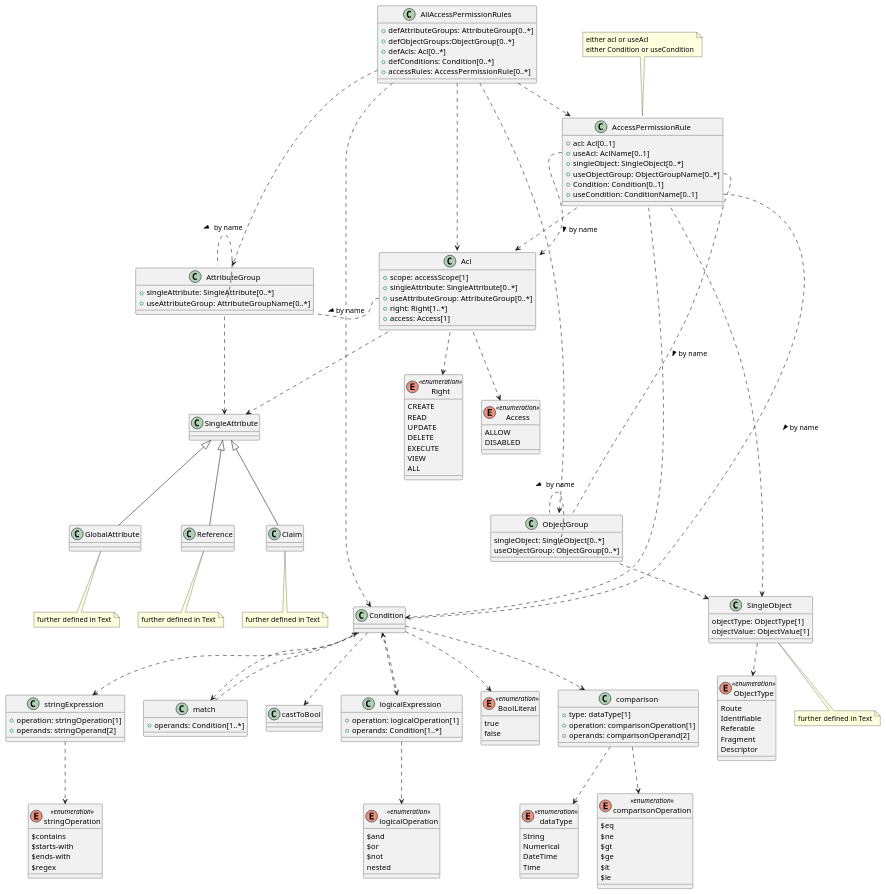
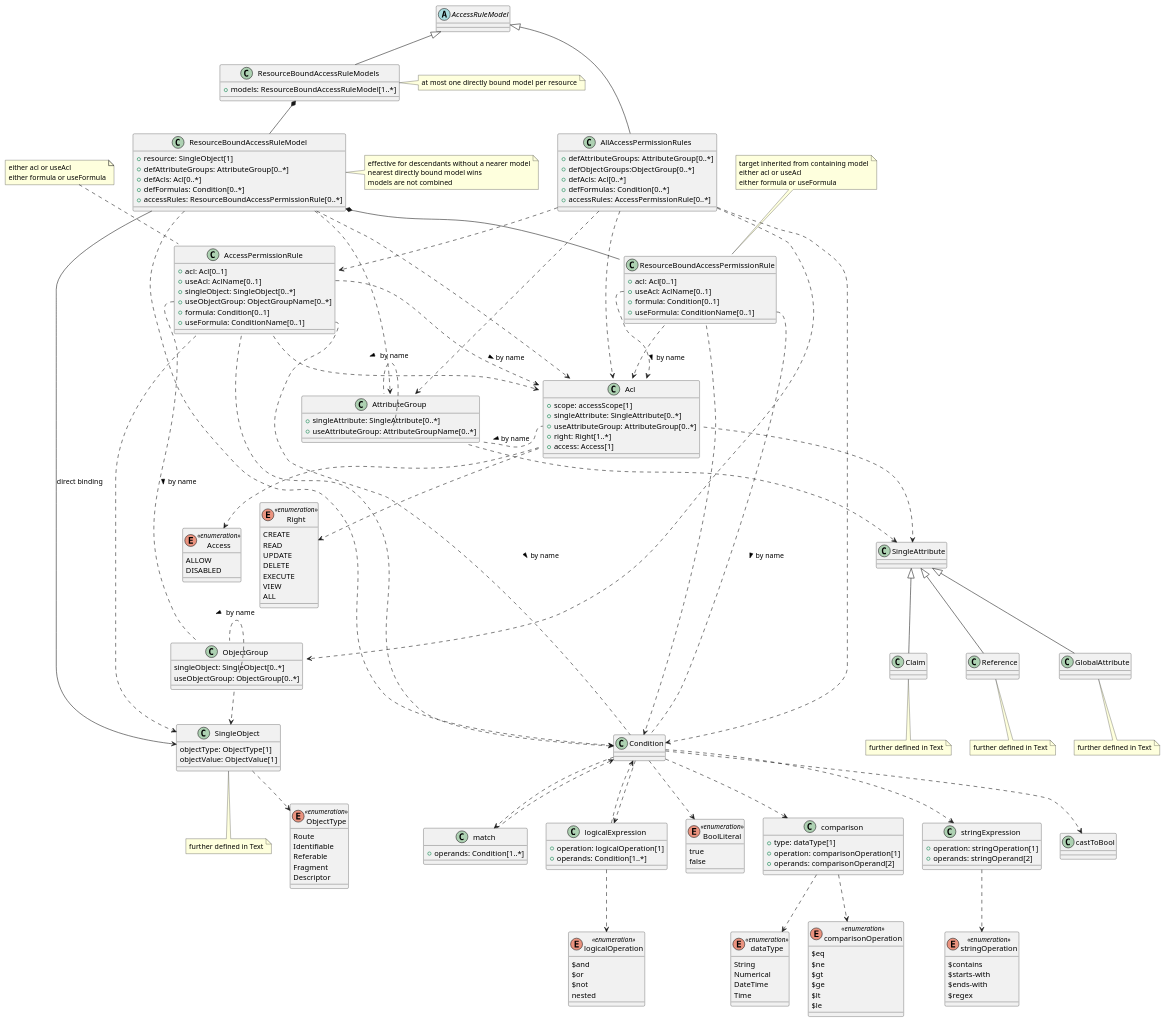
Before and after one commit to admin-shell-io/aas-specs-security: the diagram in documentation/IDTA-01004/modules/ROOT/partials/diagrams/access-rule-model.puml, drawn with PlantUML. The commit also changed 13 other files, not shown here.

```diff
--- a/documentation/IDTA-01004/modules/ROOT/partials/diagrams/access-rule-model.puml
+++ b/documentation/IDTA-01004/modules/ROOT/partials/diagrams/access-rule-model.puml
@@ -1,34 +1,80 @@
 @startuml
+abstract class AccessRuleModel
+
 class AllAccessPermissionRules {
    +defAttributeGroups: AttributeGroup[0..*]
    +defObjectGroups:ObjectGroup[0..*]
    +defAcls: Acl[0..*]
-   +defConditions: Condition[0..*]
+   +defFormulas: Condition[0..*]
    +accessRules: AccessPermissionRule[0..*]
 }
+AccessRuleModel <|-- AllAccessPermissionRules
 AllAccessPermissionRules ..> AttributeGroup
 AllAccessPermissionRules ..> ObjectGroup
 AllAccessPermissionRules ..> Acl
 AllAccessPermissionRules ..> Condition
 AllAccessPermissionRules ..> AccessPermissionRule
 
+class ResourceBoundAccessRuleModels {
+   +models: ResourceBoundAccessRuleModel[1..*]
+}
+AccessRuleModel <|-- ResourceBoundAccessRuleModels
+ResourceBoundAccessRuleModels *-- ResourceBoundAccessRuleModel
+note right of ResourceBoundAccessRuleModels
+  at most one directly bound model per resource
+end note
+
+class ResourceBoundAccessRuleModel {
+   +resource: SingleObject[1]
+   +defAttributeGroups: AttributeGroup[0..*]
+   +defAcls: Acl[0..*]
+   +defFormulas: Condition[0..*]
+   +accessRules: ResourceBoundAccessPermissionRule[0..*]
+}
+ResourceBoundAccessRuleModel --> SingleObject: direct binding
+ResourceBoundAccessRuleModel ..> AttributeGroup
+ResourceBoundAccessRuleModel ..> Acl
+ResourceBoundAccessRuleModel ..> Condition
+ResourceBoundAccessRuleModel *-- ResourceBoundAccessPermissionRule
+note right of ResourceBoundAccessRuleModel
+  effective for descendants without a nearer model
+  nearest directly bound model wins
+  models are not combined
+end note
+
 class AccessPermissionRule {
 	+acl: Acl[0..1]
 	+useAcl: AclName[0..1]
 	+singleObject: SingleObject[0..*]
 	+useObjectGroup: ObjectGroupName[0..*]
-	+Condition: Condition[0..1]
-	+useCondition: ConditionName[0..1]
+	+formula: Condition[0..1]
+	+useFormula: ConditionName[0..1]
 }
 AccessPermissionRule ..> Acl
 AccessPermissionRule::useAcl ..> Acl: > by name
 AccessPermissionRule ..> Condition
 AccessPermissionRule ..> SingleObject
 AccessPermissionRule::useObjectGroup .. ObjectGroup: > by name
-AccessPermissionRule::useCondition .. Condition : > by name
+AccessPermissionRule::useFormula .. Condition : > by name
 note top of AccessPermissionRule
 	either acl or useAcl
-	either Condition or useCondition
+	either formula or useFormula
+end note
+
+class ResourceBoundAccessPermissionRule {
+	+acl: Acl[0..1]
+	+useAcl: AclName[0..1]
+	+formula: Condition[0..1]
+	+useFormula: ConditionName[0..1]
+}
+ResourceBoundAccessPermissionRule ..> Acl
+ResourceBoundAccessPermissionRule::useAcl ..> Acl: > by name
+ResourceBoundAccessPermissionRule ..> Condition
+ResourceBoundAccessPermissionRule::useFormula .. Condition : > by name
+note top of ResourceBoundAccessPermissionRule
+	target inherited from containing model
+	either acl or useAcl
+	either formula or useFormula
 end note
 
 together {
```
